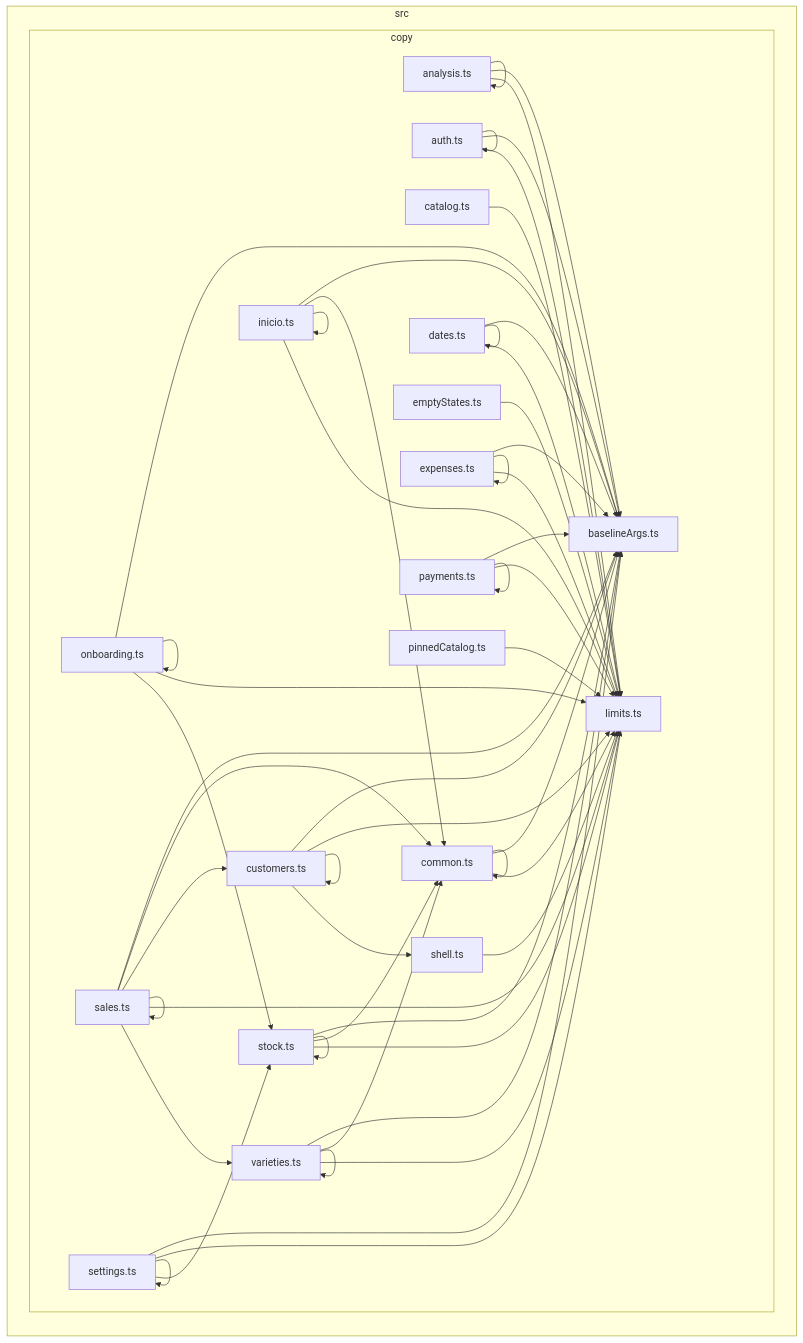
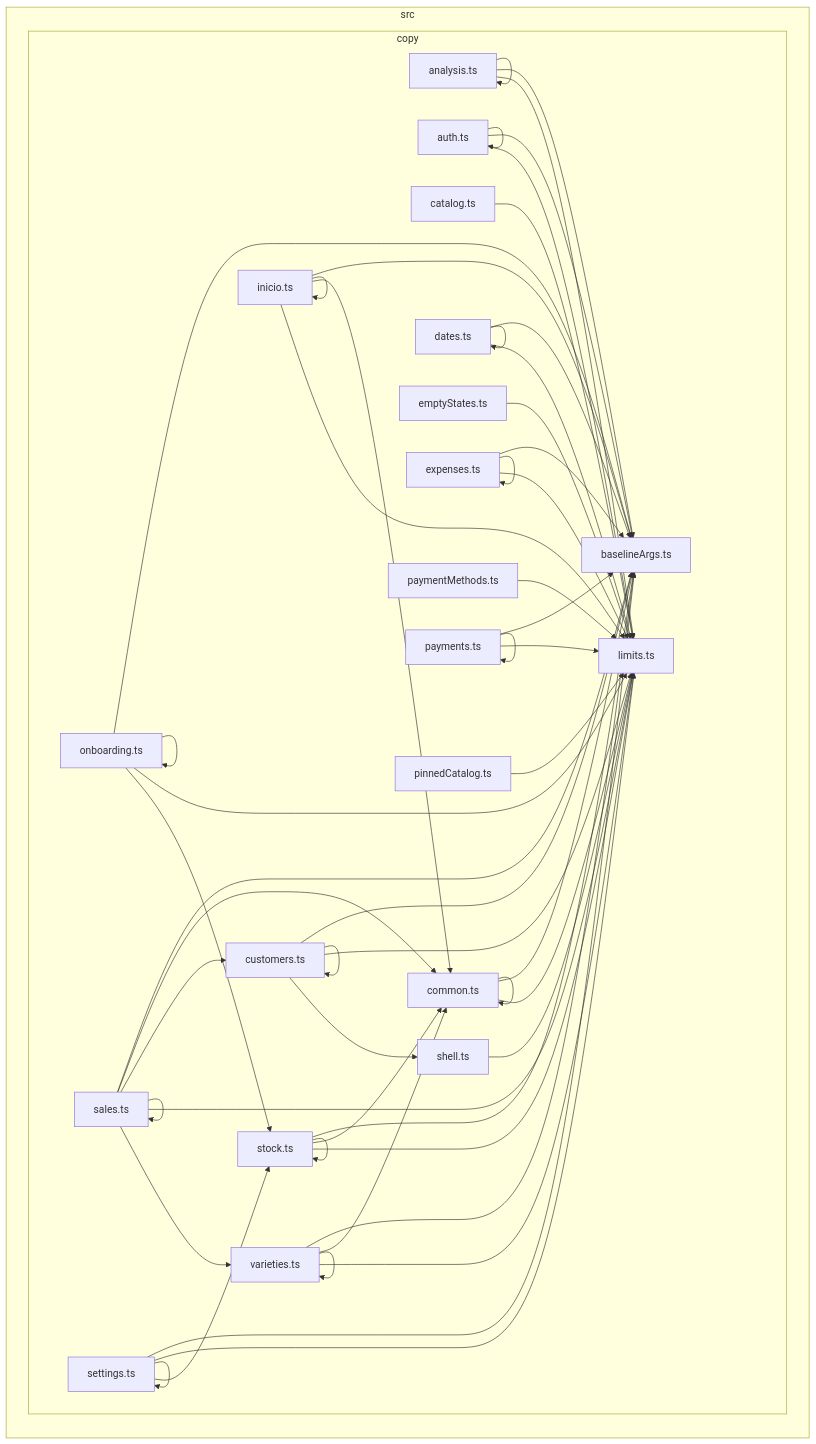
One commit to GonzaloZevallos/apostrophe changed the diagram in docs/architecture/generated/front-modules/copy.md. Above: the diagram before and after it, drawn with Mermaid. The commit also changed 9 other files, not shown here.

Commit message:
Docs: regenerate the API and architecture pages; tests for import, contract shapes and payments on method ids

````diff
--- a/docs/architecture/generated/front-modules/copy.md
+++ b/docs/architecture/generated/front-modules/copy.md
@@ -7,78 +7,80 @@
 ```mermaid
 flowchart LR
 subgraph src["src"]
   subgraph src_copy["copy"]
     src_copy_analysis_ts["analysis.ts"]
     src_copy_auth_ts["auth.ts"]
     src_copy_baselineArgs_ts["baselineArgs.ts"]
     src_copy_catalog_ts["catalog.ts"]
     src_copy_common_ts["common.ts"]
     src_copy_customers_ts["customers.ts"]
     src_copy_dates_ts["dates.ts"]
     src_copy_emptyStates_ts["emptyStates.ts"]
     src_copy_expenses_ts["expenses.ts"]
     src_copy_inicio_ts["inicio.ts"]
     src_copy_limits_ts["limits.ts"]
     src_copy_onboarding_ts["onboarding.ts"]
+    src_copy_paymentMethods_ts["paymentMethods.ts"]
     src_copy_payments_ts["payments.ts"]
     src_copy_pinnedCatalog_ts["pinnedCatalog.ts"]
     src_copy_sales_ts["sales.ts"]
     src_copy_settings_ts["settings.ts"]
     src_copy_shell_ts["shell.ts"]
     src_copy_stock_ts["stock.ts"]
     src_copy_varieties_ts["varieties.ts"]
   end
 end
 src_copy_analysis_ts-->src_copy_analysis_ts
 src_copy_analysis_ts-->src_copy_baselineArgs_ts
 src_copy_analysis_ts-->src_copy_limits_ts
 src_copy_auth_ts-->src_copy_auth_ts
 src_copy_auth_ts-->src_copy_baselineArgs_ts
 src_copy_auth_ts-->src_copy_limits_ts
 src_copy_catalog_ts-->src_copy_limits_ts
 src_copy_common_ts-->src_copy_baselineArgs_ts
 src_copy_common_ts-->src_copy_common_ts
 src_copy_common_ts-->src_copy_limits_ts
 src_copy_customers_ts-->src_copy_baselineArgs_ts
 src_copy_customers_ts-->src_copy_customers_ts
 src_copy_customers_ts-->src_copy_limits_ts
 src_copy_customers_ts-->src_copy_shell_ts
 src_copy_dates_ts-->src_copy_baselineArgs_ts
 src_copy_dates_ts-->src_copy_dates_ts
 src_copy_dates_ts-->src_copy_limits_ts
 src_copy_emptyStates_ts-->src_copy_limits_ts
 src_copy_expenses_ts-->src_copy_baselineArgs_ts
 src_copy_expenses_ts-->src_copy_expenses_ts
 src_copy_expenses_ts-->src_copy_limits_ts
 src_copy_inicio_ts-->src_copy_baselineArgs_ts
 src_copy_inicio_ts-->src_copy_common_ts
 src_copy_inicio_ts-->src_copy_inicio_ts
 src_copy_inicio_ts-->src_copy_limits_ts
 src_copy_onboarding_ts-->src_copy_baselineArgs_ts
 src_copy_onboarding_ts-->src_copy_limits_ts
 src_copy_onboarding_ts-->src_copy_onboarding_ts
 src_copy_onboarding_ts-->src_copy_stock_ts
+src_copy_paymentMethods_ts-->src_copy_limits_ts
 src_copy_payments_ts-->src_copy_baselineArgs_ts
 src_copy_payments_ts-->src_copy_limits_ts
 src_copy_payments_ts-->src_copy_payments_ts
 src_copy_pinnedCatalog_ts-->src_copy_limits_ts
 src_copy_sales_ts-->src_copy_baselineArgs_ts
 src_copy_sales_ts-->src_copy_common_ts
 src_copy_sales_ts-->src_copy_customers_ts
 src_copy_sales_ts-->src_copy_limits_ts
 src_copy_sales_ts-->src_copy_sales_ts
 src_copy_sales_ts-->src_copy_varieties_ts
 src_copy_settings_ts-->src_copy_baselineArgs_ts
 src_copy_settings_ts-->src_copy_limits_ts
 src_copy_settings_ts-->src_copy_settings_ts
 src_copy_settings_ts-->src_copy_stock_ts
 src_copy_shell_ts-->src_copy_limits_ts
 src_copy_stock_ts-->src_copy_baselineArgs_ts
 src_copy_stock_ts-->src_copy_common_ts
 src_copy_stock_ts-->src_copy_limits_ts
 src_copy_stock_ts-->src_copy_stock_ts
 src_copy_varieties_ts-->src_copy_baselineArgs_ts
 src_copy_varieties_ts-->src_copy_common_ts
 src_copy_varieties_ts-->src_copy_limits_ts
 src_copy_varieties_ts-->src_copy_varieties_ts
 ```
````
